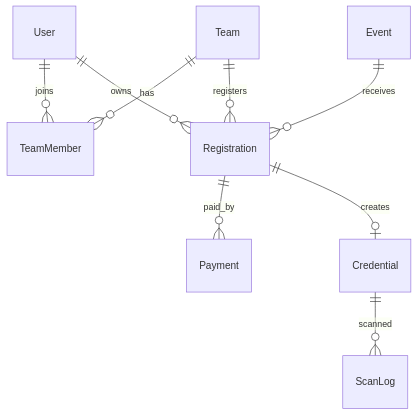
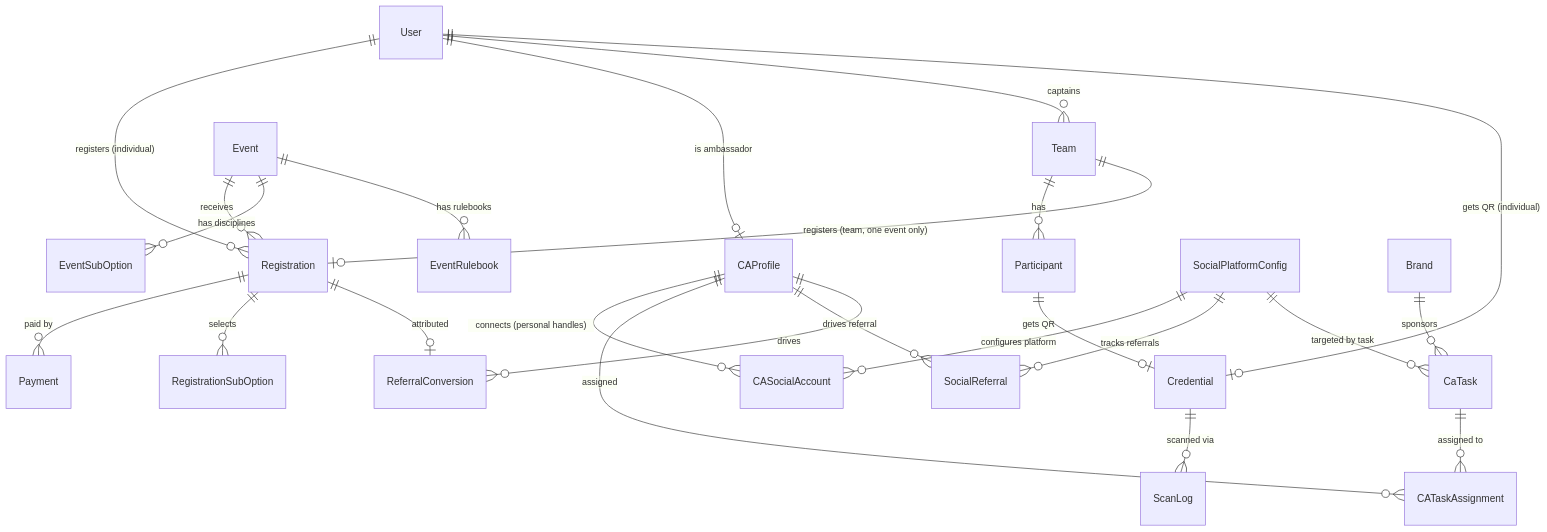
The diagram in .claude/reference/database.md (Infinito2k26/Infinito2026), drawn with Mermaid before and after one commit. The commit also changed other lines of this file and 1 other file, not shown here.

First line of the commit message:
docs(schema): bump database spec to v2.2 — social referral system redesign

````diff
--- a/.claude/reference/database.md
+++ b/.claude/reference/database.md
@@ -14,11 +23,26 @@
 ```mermaid
 erDiagram
-  User ||--o{ TeamMember : joins
-  Team ||--o{ TeamMember : has
-  Event ||--o{ Registration : receives
-  Team ||--o{ Registration : registers
-  User ||--o{ Registration : owns
-  Registration ||--o{ Payment : paid_by
-  Registration ||--o| Credential : creates
-  Credential ||--o{ ScanLog : scanned
+  User ||--o{ Registration           : "registers (individual)"
+  User ||--o| CAProfile              : "is ambassador"
+  User ||--o{ Team                   : "captains"
+  Team ||--o{ Participant            : "has"
+  Team ||--o| Registration           : "registers (team, one event only)"
+  Event ||--o{ Registration          : "receives"
+  Event ||--o{ EventSubOption        : "has disciplines"
+  Event ||--o{ EventRulebook         : "has rulebooks"
+  Registration ||--o{ Payment        : "paid by"
+  Registration ||--o{ RegistrationSubOption : "selects"
+  Participant ||--o| Credential      : "gets QR"
+  User        ||--o| Credential      : "gets QR (individual)"
+  Credential  ||--o{ ScanLog         : "scanned via"
+  SocialPlatformConfig ||--o{ CASocialAccount  : "configures platform"
+  SocialPlatformConfig ||--o{ SocialReferral   : "tracks referrals"
+  SocialPlatformConfig ||--o{ CaTask           : "targeted by task"
+  CAProfile   ||--o{ CASocialAccount           : "connects (personal handles)"
+  CAProfile   ||--o{ CATaskAssignment          : "assigned"
+  CAProfile   ||--o{ SocialReferral            : "drives referral"
+  CaTask      ||--o{ CATaskAssignment          : "assigned to"
+  Brand       ||--o{ CaTask                   : "sponsors"
+  CAProfile   ||--o{ ReferralConversion        : "drives"
+  Registration ||--o| ReferralConversion       : "attributed"
 ```
````
